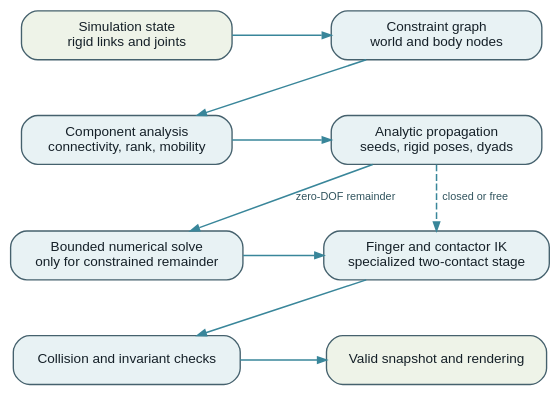
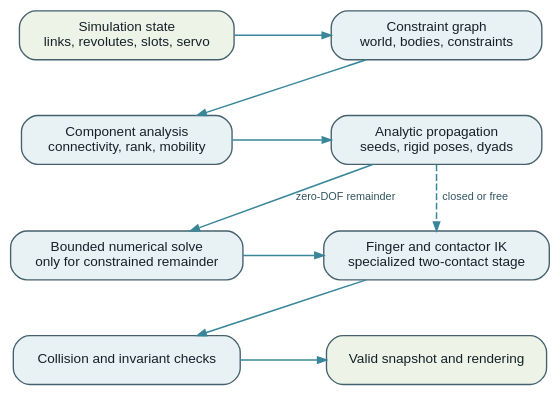
Before and after one commit to Neuro-Mechatronics-Interfaces/LinkageSimulator: the diagram in manuscript/figures/constraint-solver-flow.dot, drawn with Graphviz. The commit also changed 7 other files, not shown here.

Commit message:
Update constraint-solver-flow, tests

```diff
--- a/manuscript/figures/constraint-solver-flow.dot
+++ b/manuscript/figures/constraint-solver-flow.dot
@@ -1,46 +1,46 @@
 digraph ConstraintSolverFlow {
   graph [
     rankdir=TB,
     bgcolor="transparent",
     pad="0.18",
     nodesep="0.42",
     ranksep="0.54",
     splines=polyline
   ];
   node [
     shape=box,
     style="rounded,filled",
     fontname="Helvetica",
     fontsize=10,
     color="#45616d",
     fontcolor="#152028",
     fillcolor="#e8f2f4",
     margin="0.14,0.09",
     width=2.15
   ];
   edge [color="#39869a", fontname="Helvetica", fontsize=8, fontcolor="#31545e", arrowsize=0.65, penwidth=1.1];
 
-  state [label="Simulation state\nrigid links and joints", fillcolor="#eef3e8"];
-  graph_model [label="Constraint graph\nworld and body nodes"];
+  state [label="Simulation state\nlinks, revolutes, slots, servo", fillcolor="#eef3e8"];
+  graph_model [label="Constraint graph\nworld, bodies, constraints"];
   analysis [label="Component analysis\nconnectivity, rank, mobility"];
   analytic [label="Analytic propagation\nseeds, rigid poses, dyads"];
   numerical [label="Bounded numerical solve\nonly for constrained remainder"];
   contact [label="Finger and contactor IK\nspecialized two-contact stage"];
   collision [label="Collision and invariant checks"];
   render [label="Valid snapshot and rendering", fillcolor="#eef3e8"];
 
   state -> graph_model [constraint=false];
   graph_model -> analysis [constraint=false];
   analysis -> analytic [constraint=false];
   analytic -> numerical [constraint=false, label="zero-DOF remainder"];
   analytic -> contact [style=dashed, weight=20, label="closed or free"];
   numerical -> contact [constraint=false];
   contact -> collision [constraint=false];
   collision -> render [constraint=false];
 
   state -> analysis [style=invis, weight=20];
   analysis -> numerical [style=invis, weight=20];
   numerical -> collision [style=invis, weight=20];
   graph_model -> analytic [style=invis, weight=20];
   contact -> render [style=invis, weight=20];
 }
```
